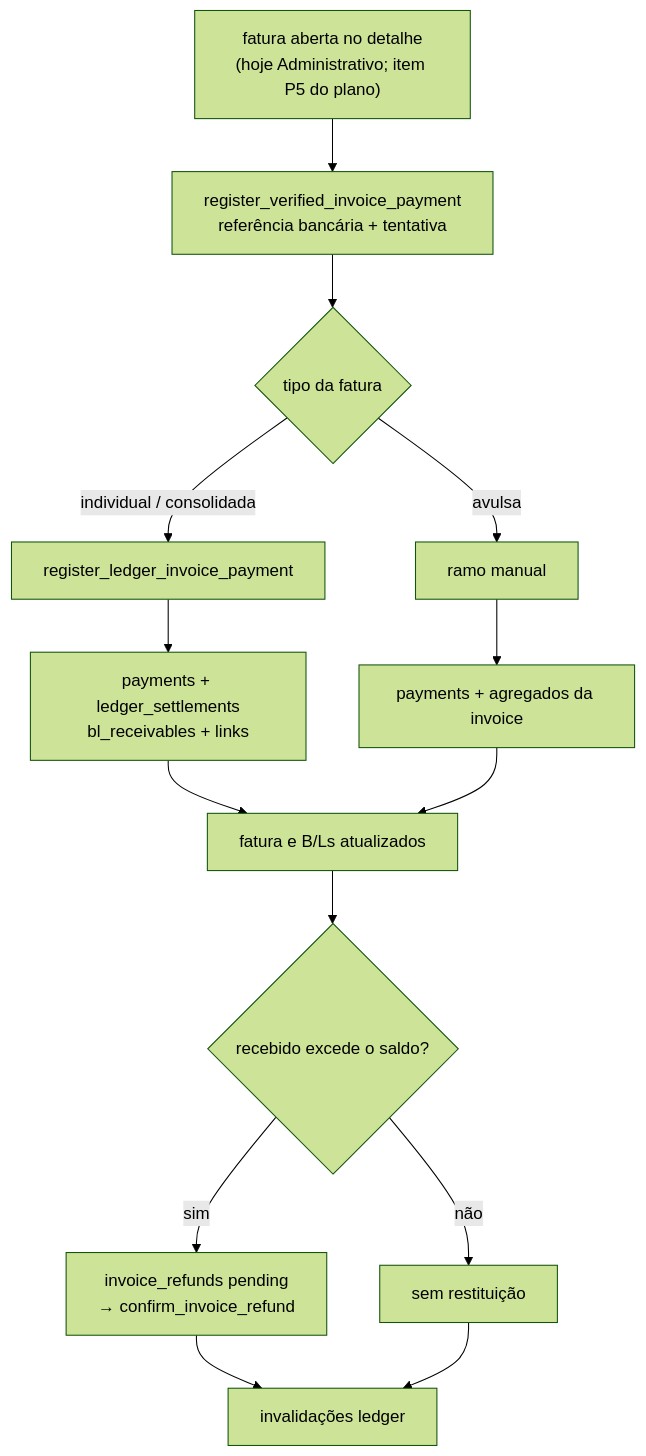
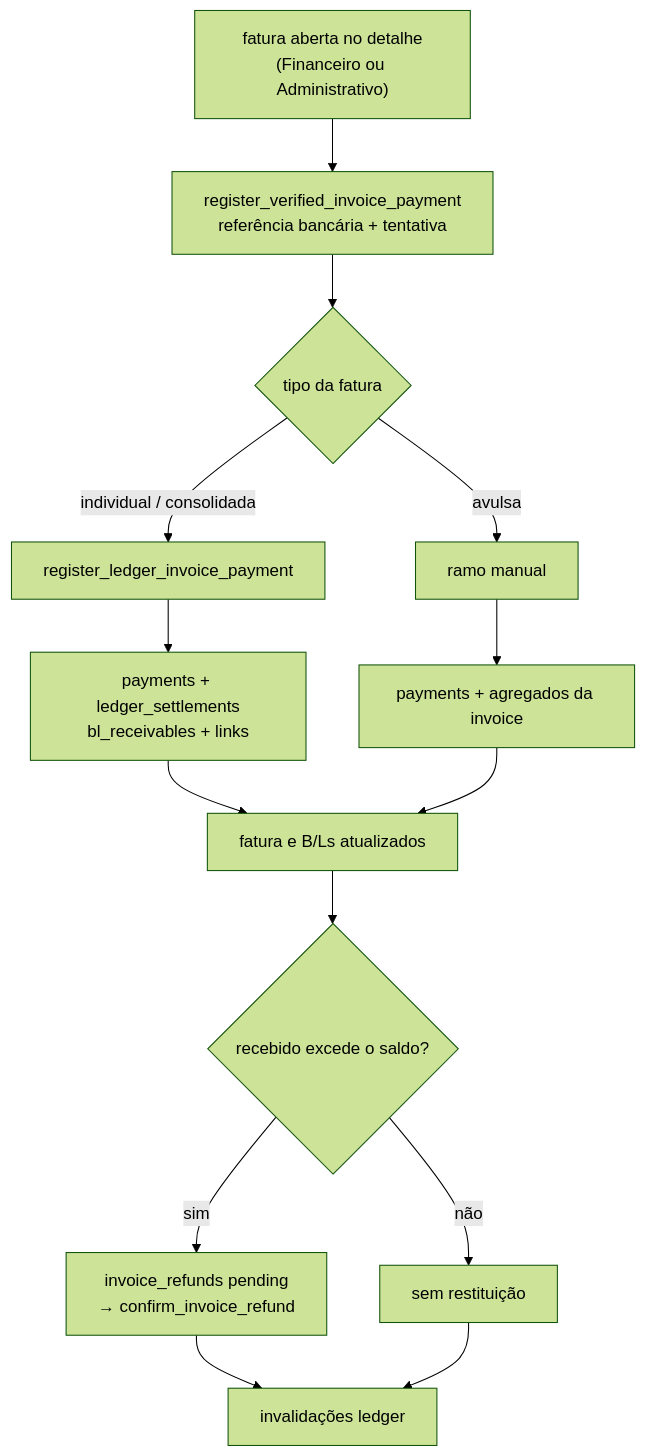
The diagram in docs/modules/faturamento.md (luccafwlog/vela), drawn with Mermaid (forest theme) before and after one commit. The commit also changed other lines of this file and 28 other files, not shown here.

````diff
--- a/docs/modules/faturamento.md
+++ b/docs/modules/faturamento.md
@@ -712,16 +711,16 @@
 ```mermaid
 flowchart TD
-    Open["fatura aberta no detalhe<br/>(hoje Administrativo; item P5 do plano)"] --> Verified["register_verified_invoice_payment<br/>referência bancária + tentativa"]
+    Open["fatura aberta no detalhe<br/>(Financeiro ou Administrativo)"] --> Verified["register_verified_invoice_payment<br/>referência bancária + tentativa"]
     Verified --> Decide{"tipo da fatura"}
     Decide -->|"individual / consolidada"| Ledger["register_ledger_invoice_payment"]
     Decide -->|avulsa| Manual["ramo manual"]
     Ledger --> LWrite["payments + ledger_settlements<br/>bl_receivables + links"]
     Manual --> GWrite["payments + agregados da invoice"]
     LWrite --> Sync["fatura e B/Ls atualizados"]
     GWrite --> Sync
     Sync --> Refund{"recebido excede o saldo?"}
     Refund -->|sim| RefundRow["invoice_refunds pending<br/>→ confirm_invoice_refund"]
     Refund -->|não| NoRefund["sem restituição"]
     RefundRow --> Cache["invalidações ledger"]
     NoRefund --> Cache
 ```
````
